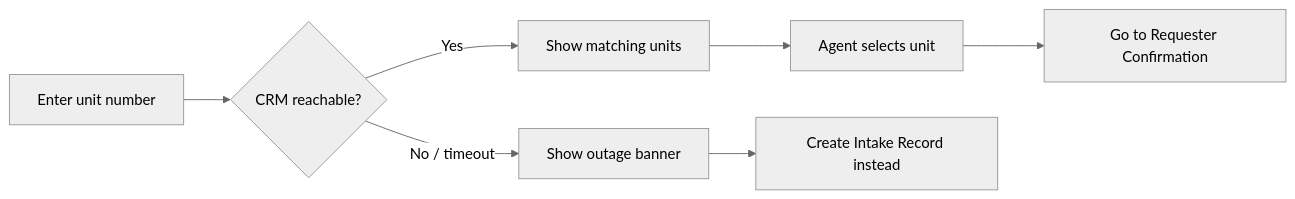
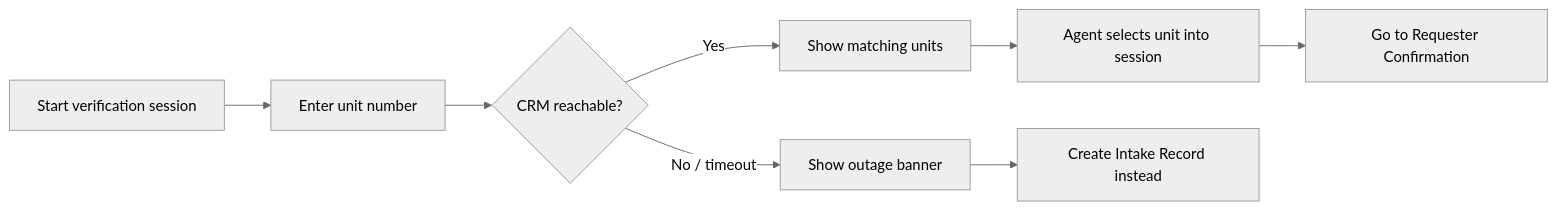
Before and after one commit to nidaabasem/Tiger-CS-Ticketing: the second of 2 diagrams in docs/design/MVP-UI-Wireframes.md, drawn with Mermaid (neutral theme). The commit also changed other lines of this file and 8 other files, not shown here.

````diff
--- a/docs/design/MVP-UI-Wireframes.md
+++ b/docs/design/MVP-UI-Wireframes.md
@@ -121,9 +121,10 @@
 ```mermaid
 flowchart LR
-    A[Enter unit number] --> B{CRM reachable?}
+    A[Start verification session] --> A2[Enter unit number]
+    A2 --> B{CRM reachable?}
     B -- Yes --> C[Show matching units]
-    C --> D[Agent selects unit]
+    C --> D[Agent selects unit into session]
     D --> E[Go to Requester Confirmation]
     B -- No / timeout --> F[Show outage banner]
     F --> G[Create Intake Record instead]
 ```
````
